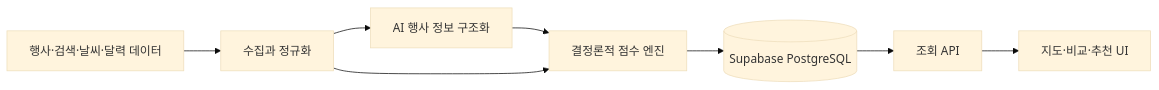
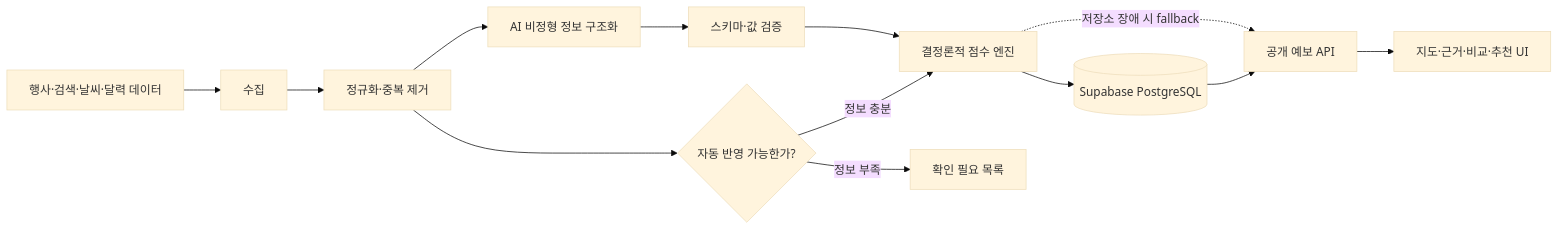
The first of 2 diagrams in docs/architecture.md (Mindarinda47/boombi-ai-crowd-forecast), drawn with Mermaid (base theme) before and after one commit. The commit also changed other lines of this file and 10 other files, not shown here.

````diff
--- a/docs/architecture.md
+++ b/docs/architecture.md
@@ -3,10 +5,15 @@
 ```mermaid
 flowchart LR
-  Sources[행사·검색·날씨·달력 데이터] --> Normalize[수집과 정규화]
-  Normalize --> AI[AI 행사 정보 구조화]
-  AI --> Rules[결정론적 점수 엔진]
-  Normalize --> Rules
+  Sources[행사·검색·날씨·달력 데이터] --> Collect[수집]
+  Collect --> Normalize[정규화·중복 제거]
+  Normalize --> Review{자동 반영 가능한가?}
+  Review -->|정보 충분| Rules[결정론적 점수 엔진]
+  Review -->|정보 부족| Admin[확인 필요 목록]
+  Normalize --> AI[AI 비정형 정보 구조화]
+  AI --> Validate[스키마·값 검증]
+  Validate --> Rules
   Rules --> DB[(Supabase PostgreSQL)]
-  DB --> API[조회 API]
-  API --> UI[지도·비교·추천 UI]
+  DB --> PublicAPI[공개 예보 API]
+  Rules -. 저장소 장애 시 fallback .-> PublicAPI
+  PublicAPI --> UI[지도·근거·비교·추천 UI]
 ```
````
